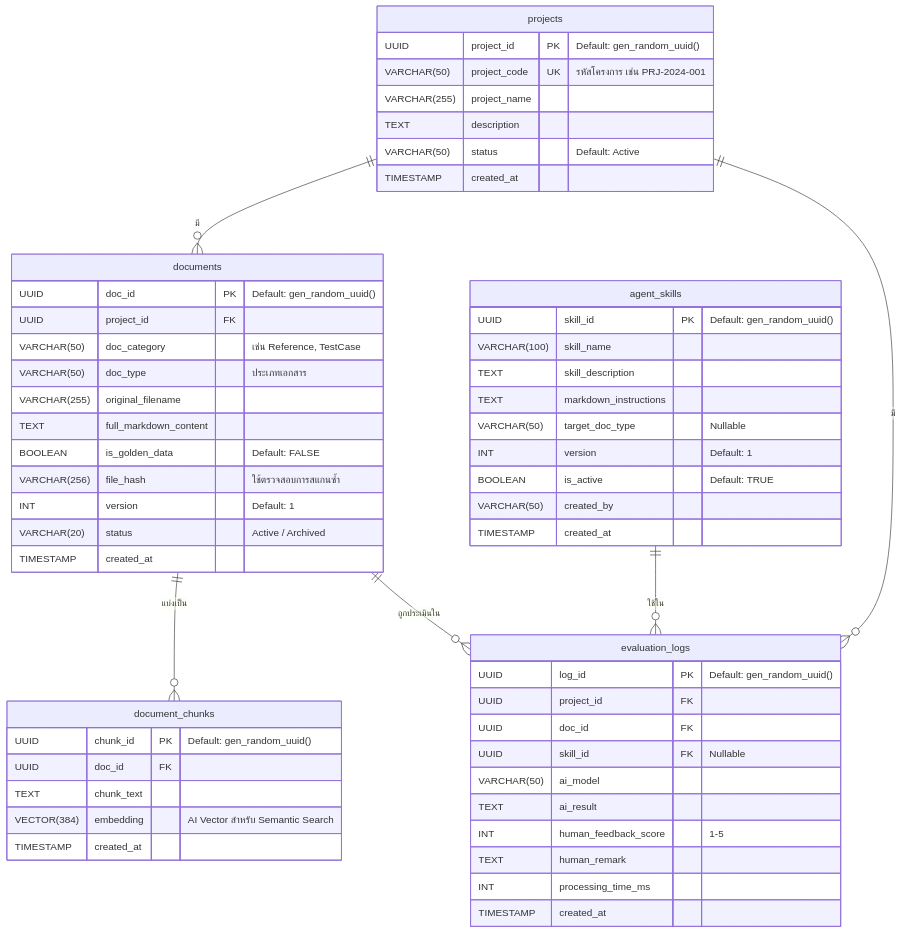
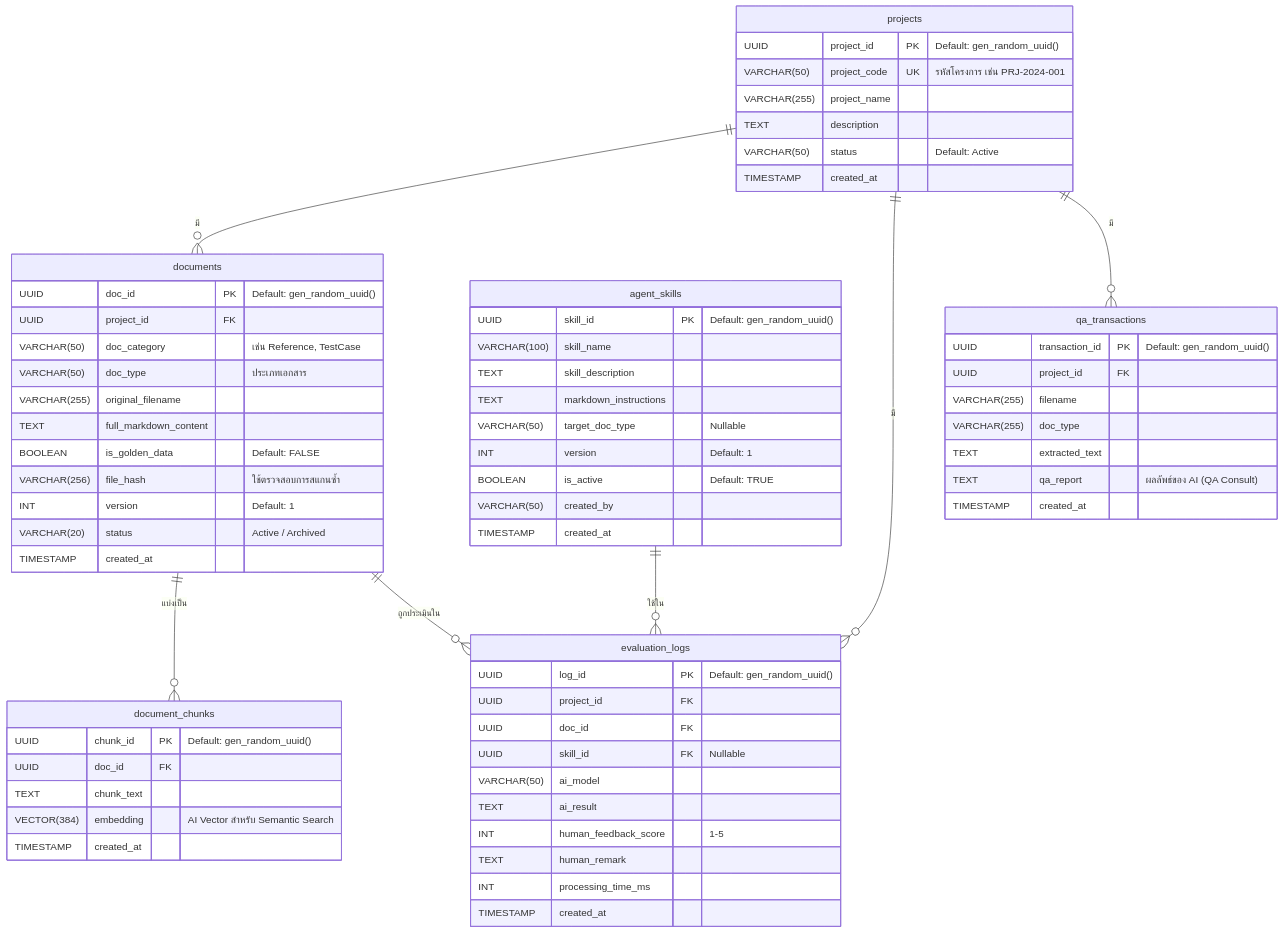
One commit to AkradTTT08/OCR-Document changed the diagram in database_documentation.md. Above: the diagram before and after it, drawn with Mermaid. The commit also changed other lines of this file and 17 other files, not shown here.

````diff
--- a/database_documentation.md
+++ b/database_documentation.md
@@ -12,64 +12,75 @@
 ```mermaid
 erDiagram
     projects {
         UUID        project_id      PK "Default: gen_random_uuid()"
         VARCHAR(50) project_code    UK "รหัสโครงการ เช่น PRJ-2024-001"
         VARCHAR(255) project_name
         TEXT        description
         VARCHAR(50) status          "Default: Active"
         TIMESTAMP   created_at
     }
 
     documents {
         UUID        doc_id          PK "Default: gen_random_uuid()"
         UUID        project_id      FK
         VARCHAR(50) doc_category    "เช่น Reference, TestCase"
         VARCHAR(50) doc_type        "ประเภทเอกสาร"
         VARCHAR(255) original_filename
         TEXT        full_markdown_content
         BOOLEAN     is_golden_data  "Default: FALSE"
         VARCHAR(256) file_hash      "ใช้ตรวจสอบการสแกนซ้ำ"
         INT         version         "Default: 1"
         VARCHAR(20) status          "Active / Archived"
         TIMESTAMP   created_at
     }
 
     document_chunks {
         UUID        chunk_id        PK "Default: gen_random_uuid()"
         UUID        doc_id          FK
         TEXT        chunk_text
         VECTOR(384) embedding       "AI Vector สำหรับ Semantic Search"
         TIMESTAMP   created_at
     }
 
     agent_skills {
         UUID        skill_id        PK "Default: gen_random_uuid()"
         VARCHAR(100) skill_name
         TEXT        skill_description
         TEXT        markdown_instructions
         VARCHAR(50) target_doc_type "Nullable"
         INT         version         "Default: 1"
         BOOLEAN     is_active       "Default: TRUE"
         VARCHAR(50) created_by
         TIMESTAMP   created_at
     }
 
     evaluation_logs {
         UUID        log_id          PK "Default: gen_random_uuid()"
         UUID        project_id      FK
         UUID        doc_id          FK
         UUID        skill_id        FK "Nullable"
         VARCHAR(50) ai_model
         TEXT        ai_result
         INT         human_feedback_score "1-5"
         TEXT        human_remark
         INT         processing_time_ms
         TIMESTAMP   created_at
     }
 
+    qa_transactions {
+        UUID        transaction_id  PK "Default: gen_random_uuid()"
+        UUID        project_id      FK
+        VARCHAR(255) filename
+        VARCHAR(255) doc_type
+        TEXT        extracted_text
+        TEXT        qa_report       "ผลลัพธ์ของ AI (QA Consult)"
+        TIMESTAMP   created_at
+    }
+
     projects       ||--o{ documents        : "มี"
     projects       ||--o{ evaluation_logs  : "มี"
+    projects       ||--o{ qa_transactions  : "มี"
     documents      ||--o{ document_chunks  : "แบ่งเป็น"
     documents      ||--o{ evaluation_logs  : "ถูกประเมินใน"
     agent_skills   ||--o{ evaluation_logs  : "ใช้ใน"
 ```
````
